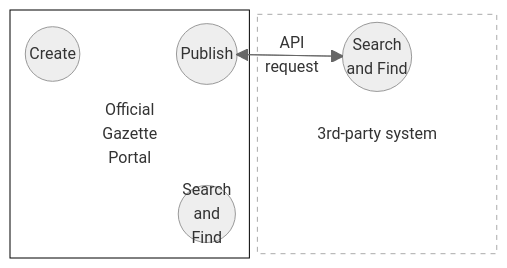
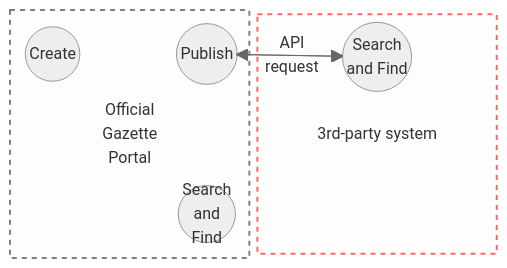
Before and after one commit to officialgazette/big-picture: the third of 3 diagrams in README.md, drawn with Mermaid. The commit also changed other lines of this file, not shown here.

````diff
--- a/README.md
+++ b/README.md
@@ -92,49 +93,51 @@
 ```mermaid
 
 %%{
   init: {
     'theme': 'neutral'
   }
 }%%
 
 
 
 
 
 
 
 
 block-beta
 
 block:system["Official
 Gazette
 Portal"]
 columns 3
 
 create (("Create")) space
 
 publish (("Publish"))
 
 space:5
 searchInt(("Search
 and
 Find"))
 
 end
 
 block:thirdparty["3rd-party system"]:1
 columns 3
 space
 search (("Search
 and Find"))
 space:7
 end
 
 search --"API
 request"--> publish
 publish-->search
 
 
-style thirdparty fill:#fff,stroke:#aaa,stroke-width:1px,stroke-dasharray: 5 5,color:#aaa
-style system fill:#fff,stroke:#000,stroke-width:1px,color:#000
+
+
+style thirdparty stroke:#f66,stroke-width:2px,color:#fff,stroke-dasharray: 5 5
+style system stroke:grey,stroke-width:2px,color:#fff,stroke-dasharray: 5 5
 ```
````
